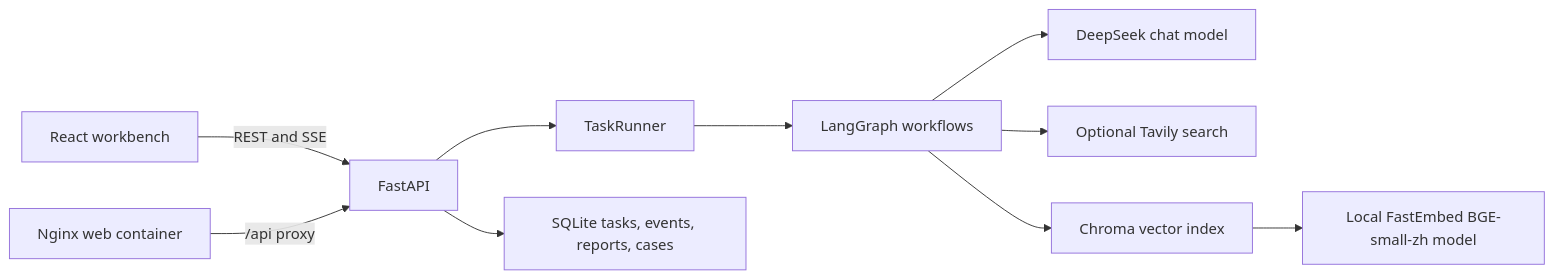
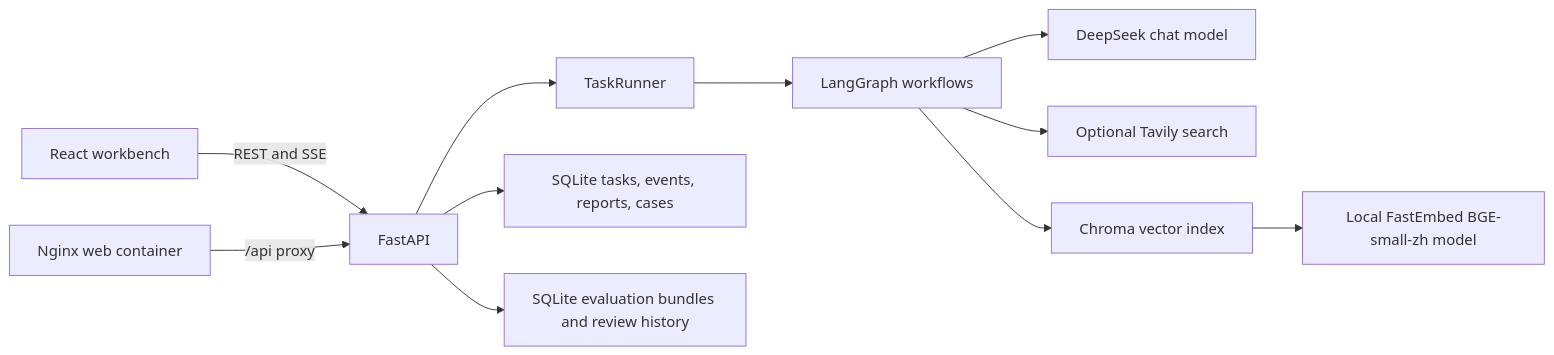
One commit to zhangwei159753/converter-engineering-copilot changed the diagram in docs/architecture.md. Above: the diagram before and after it, drawn with Mermaid. The commit also changed other lines of this file and 3 other files, not shown here.

Commit message:
docs: add local operations and product roadmap

````diff
--- a/docs/architecture.md
+++ b/docs/architecture.md
@@ -5,12 +5,13 @@
 ```mermaid
 flowchart LR
   Browser[React workbench] -->|REST and SSE| API[FastAPI]
   API --> Runner[TaskRunner]
   Runner --> Graph[LangGraph workflows]
   Graph --> Model[DeepSeek chat model]
   Graph --> Search[Optional Tavily search]
   Graph --> Chroma[Chroma vector index]
   API --> SQLite[SQLite tasks, events, reports, cases]
+  API --> Reviews[SQLite evaluation bundles and review history]
   Chroma --> Embeddings[Local FastEmbed BGE-small-zh model]
   WebContainer[Nginx web container] -->|/api proxy| API
 ```
````
